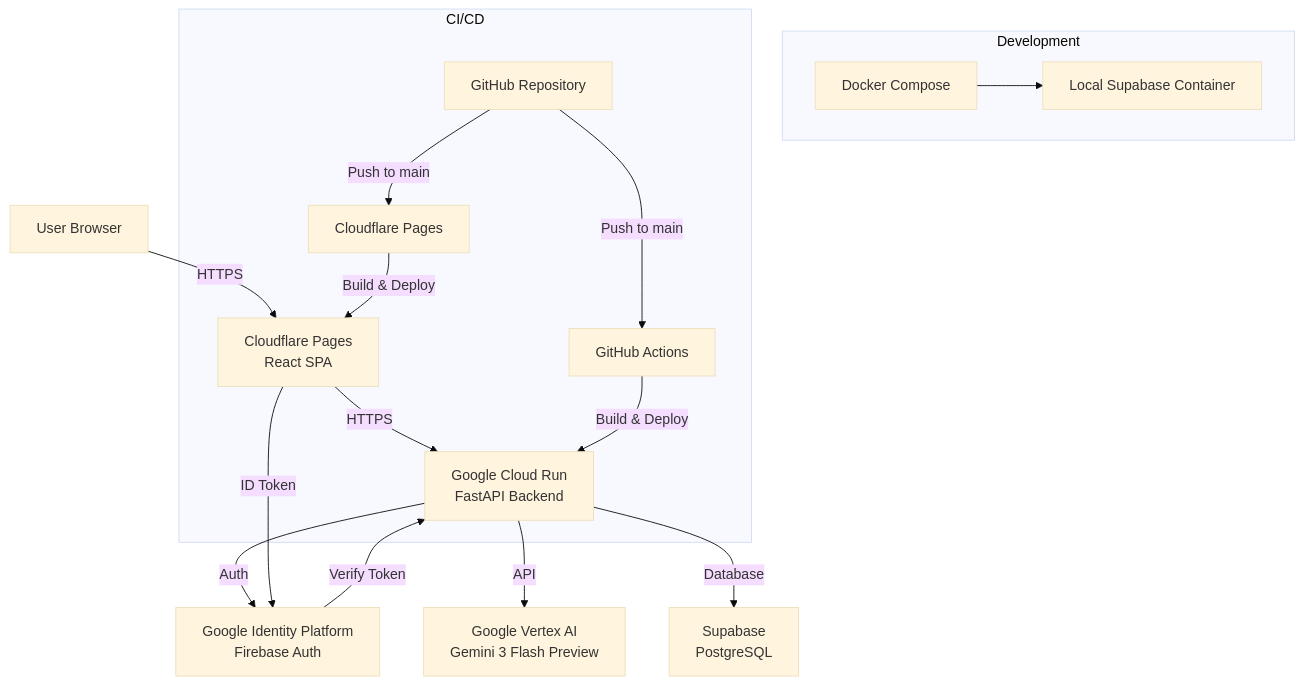
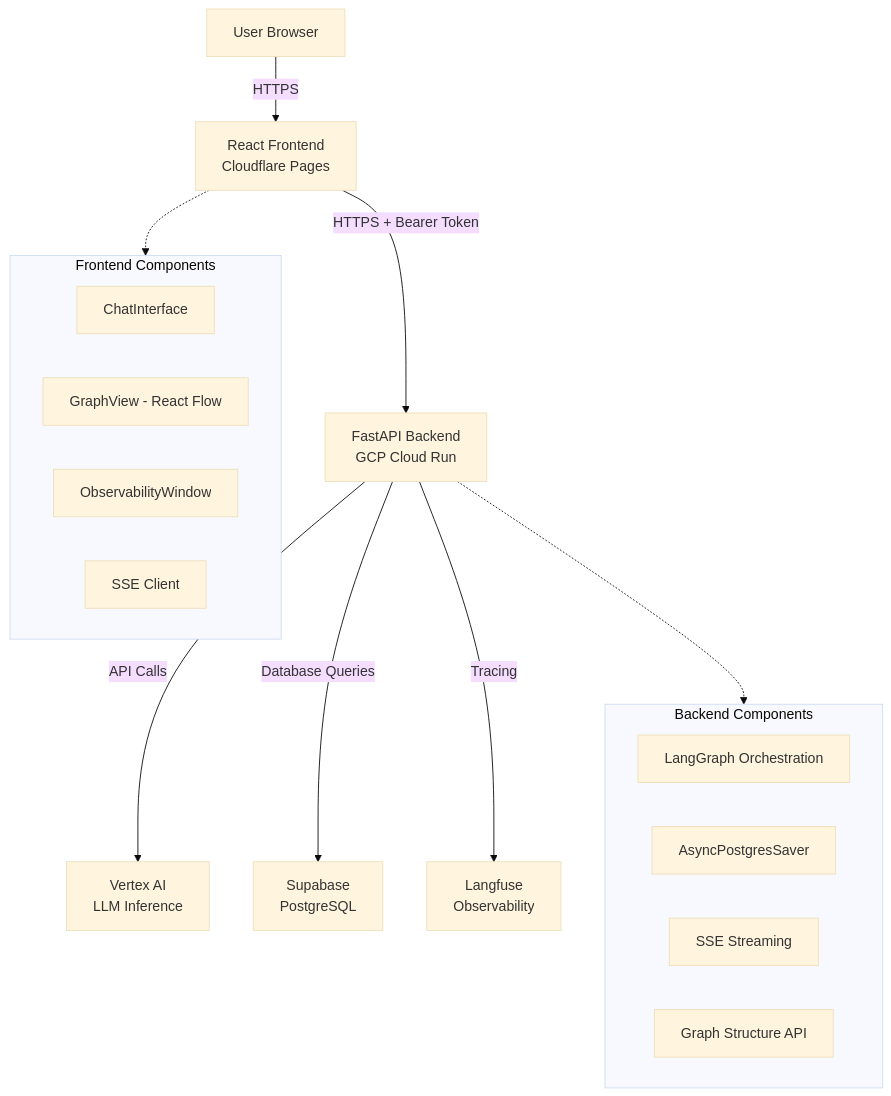
Before and after one commit to hit8-io/hit8: the first of 13 diagrams in .cursor/docs/architecture.md, drawn with Mermaid (base theme). The commit also changed other lines of this file and 64 other files, not shown here.

First line of the commit message:
Refactor API and frontend components for enhanced functionality and observability

````diff
--- a/.cursor/docs/architecture.md
+++ b/.cursor/docs/architecture.md
@@ -9,25 +19,32 @@
 ```mermaid
 graph TB
-    User[User Browser] -->|HTTPS| Frontend[Cloudflare Pages<br/>React SPA]
-    Frontend -->|HTTPS| Backend[Google Cloud Run<br/>FastAPI Backend]
-    Backend -->|Auth| Firebase[Google Identity Platform<br/>Firebase Auth]
-    Backend -->|API| VertexAI[Google Vertex AI<br/>Gemini 3 Flash Preview]
-    Backend -->|Database| Supabase[Supabase<br/>PostgreSQL]
+    User[User Browser]
+    Frontend[React Frontend<br/>Cloudflare Pages]
+    Backend[FastAPI Backend<br/>GCP Cloud Run]
+    VertexAI[Vertex AI<br/>LLM Inference]
+    Supabase[Supabase<br/>PostgreSQL]
+    Langfuse[Langfuse<br/>Observability]
     
-    Frontend -->|ID Token| Firebase
-    Firebase -->|Verify Token| Backend
+    User -->|HTTPS| Frontend
+    Frontend -->|HTTPS + Bearer Token| Backend
+    Backend -->|API Calls| VertexAI
+    Backend -->|Database Queries| Supabase
+    Backend -->|Tracing| Langfuse
     
-    subgraph "Development"
-        DockerCompose[Docker Compose]
-        LocalSupabase[Local Supabase Container]
-        DockerCompose --> LocalSupabase
+    subgraph FrontendComponents["Frontend Components"]
+        ChatInterface[ChatInterface]
+        GraphView[GraphView - React Flow]
+        ObservabilityWindow[ObservabilityWindow]
+        SSEClient[SSE Client]
     end
     
-    subgraph "CI/CD"
-        GitHub[GitHub Repository]
-        GitHub -->|Push to main| GitHubActions[GitHub Actions]
-        GitHubActions -->|Build & Deploy| Backend
-        GitHub -->|Push to main| CloudflarePages[Cloudflare Pages]
-        CloudflarePages -->|Build & Deploy| Frontend
+    subgraph BackendComponents["Backend Components"]
+        LangGraph[LangGraph Orchestration]
+        Checkpointer[AsyncPostgresSaver]
+        Streaming[SSE Streaming]
+        GraphAPI[Graph Structure API]
     end
+    
+    Frontend -.-> FrontendComponents
+    Backend -.-> BackendComponents
 ```
````
